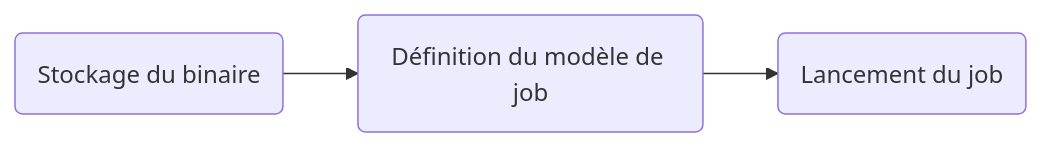
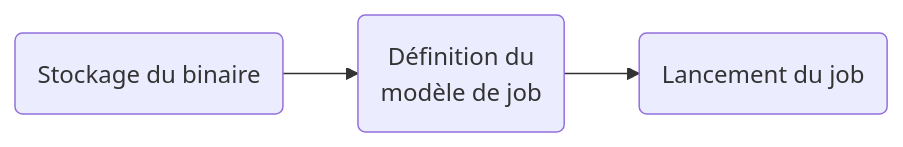
Before and after one commit to frgaudet/galacticadocs: the diagram in sahara/job-spark.md, drawn with Mermaid. The commit also changed 3 other files, not shown here.

````diff
--- a/sahara/job-spark.md
+++ b/sahara/job-spark.md
@@ -5,6 +5,6 @@
-{% mermaid %}
+```mermaid
 graph LR;
   A(Stockage du binaire)-->B;
-  B(Définition du modèle de job)-->C;
+  B(Définition du <br> modèle de job)-->C;
   C(Lancement du job);
-{% endmermaid %}
+```
````
